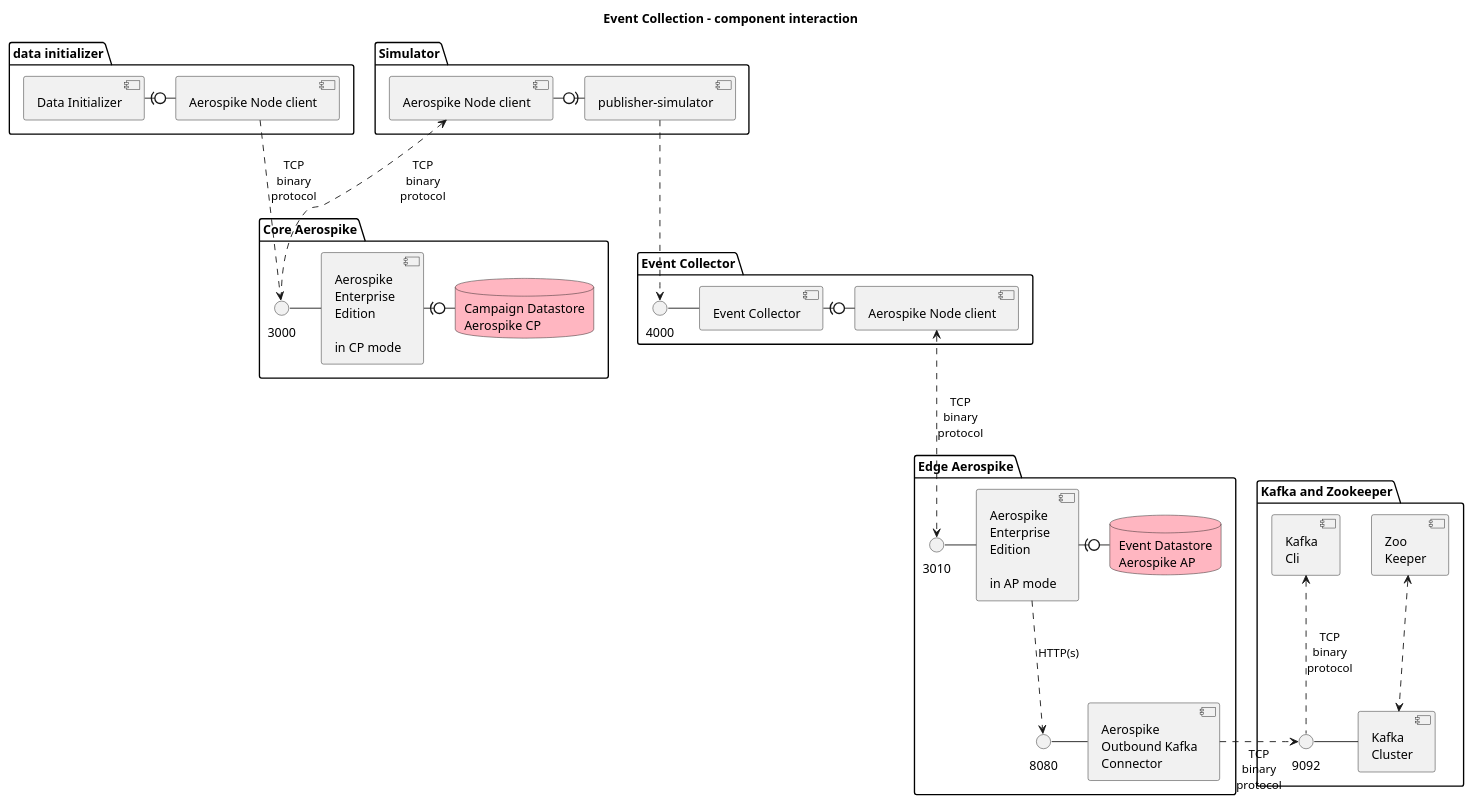
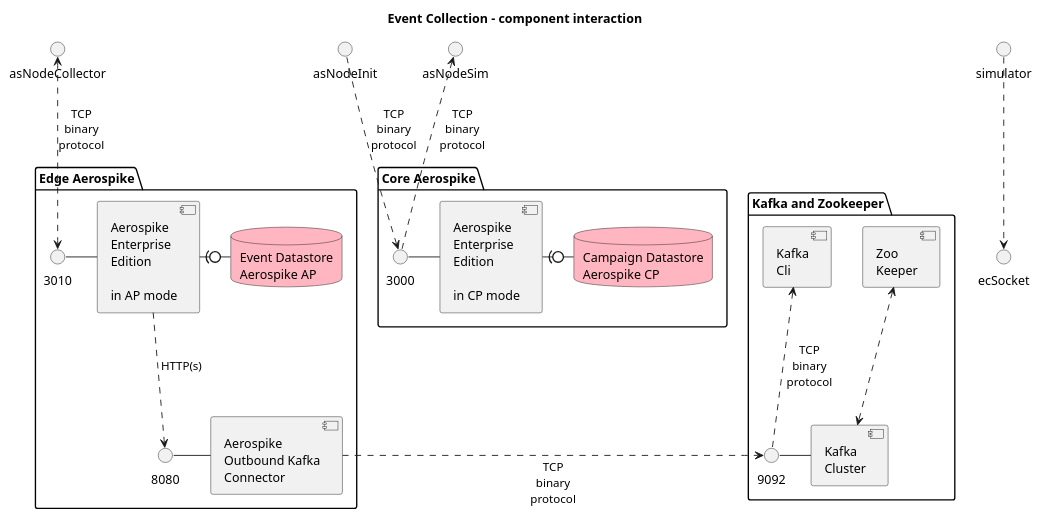
The diagram in architecture/edge-component-detail.puml (helipilot50/real-time-reporting-aerospike-kafka), drawn with PlantUML before and after one commit. The commit also changed 2 other files, not shown here.

```diff
--- a/architecture/edge-component-detail.puml
+++ b/architecture/edge-component-detail.puml
@@ -1,68 +1,48 @@
 @startuml
 skinparam componentStyle uml2
 
 title Event Collection - component interaction
 
-together {
-  package "data initializer" {
-    component "Data Initializer" as dataInit
-    component "Aerospike Node client" as asNodeInit
-    dataInit -r(0- asNodeInit
-  }
 
-  package "Simulator" {
-    component "publisher-simulator" as simulator
-    component "Aerospike Node client" as asNodeSim
-    simulator -r(0- asNodeSim
-  }
-}
-
-package "Event Collector" {
-    () "4000" as ecSocket
-    component "Event Collector" as eventEUuk
-    ecSocket - eventEUuk
-    component "Aerospike Node client" as asNodeCollector
-    eventEUuk -r(0- asNodeCollector
-}
 
 package "Edge Aerospike" {
     () "3010" as aseSocket
     component "Aerospike\nEnterprise\nEdition\n\nin AP mode" as asEdge
     aseSocket - asEdge
     database "Event Datastore\nAerospike AP" as edgeEUuk #LightPink
     asEdge -r(0- edgeEUuk
     
     () "8080" as asOutbound
     component [Aerospike\nOutbound Kafka\nConnector] as asKafka
     asOutbound - asKafka
     asEdge ..> asOutbound: HTTP(s)
 }
 
 package "Core Aerospike" {
     () "3000" as ascSocket
     component "Aerospike\nEnterprise\nEdition\n\nin CP mode" as asCore
     ascSocket - asCore
     database "Campaign Datastore\nAerospike CP" as core #LightPink
     asCore -r(0- core
 }
 
 package "Kafka and Zookeeper" {
     component [Kafka\nCli] as kafCli
     () "9092" as kafClient
     component [Kafka\nCluster] as kafCluster
     kafClient - kafCluster
 
     component [Zoo\nKeeper] as zookeeper
 }
 
 asNodeInit ..> ascSocket: TCP\nbinary\nprotocol
 asNodeSim <.. ascSocket: TCP\nbinary\nprotocol
 asNodeCollector <..> aseSocket: TCP\nbinary\nprotocol
 asKafka .r.> kafClient: TCP\nbinary\nprotocol
 zookeeper <..> kafCluster
 simulator ..> ecSocket
 kafCli <.. kafClient: TCP\nbinary\nprotocol
 
 
 
 @enduml
```
